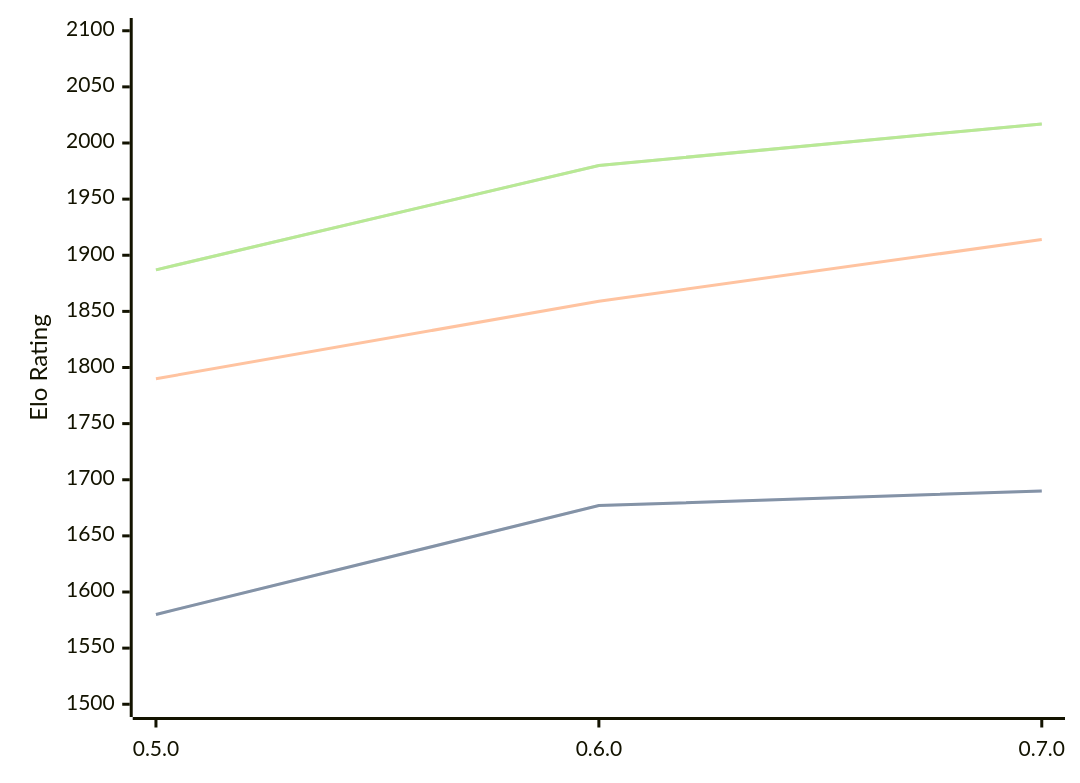
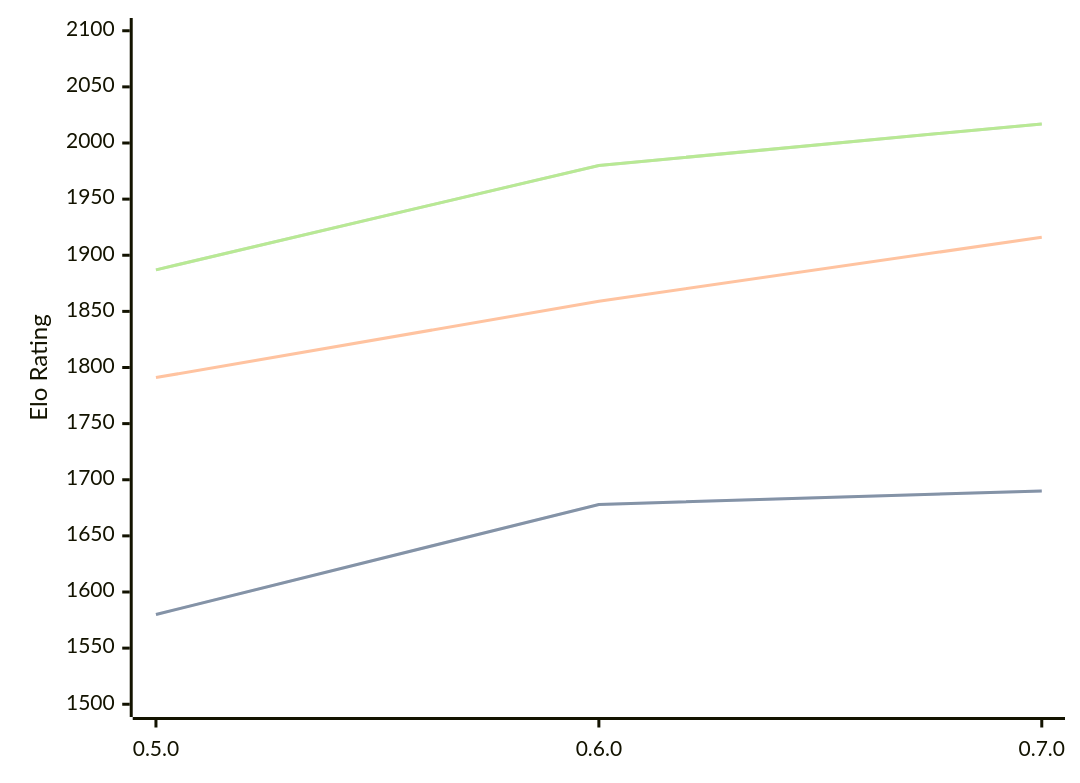
The diagram in engines/Chess-rs.md (computer-chess-index/cci), drawn with Mermaid before and after one commit. The commit also changed other lines of this file, not shown here.

````diff
--- a/engines/Chess-rs.md
+++ b/engines/Chess-rs.md
@@ -33,11 +33,11 @@
 ```mermaid
 %%{init: {"theme":"base","themeVariables":{"seriesColors:['#a3a3a3','#222221','#faa371']}}}%%
 xychart-beta
   x-axis ["0.5.0", "0.6.0", "0.7.0"]
   y-axis "Elo Rating" 1500 --> 2100
-  line "STC (8.0+0.08s)" [1580, 1677, 1690]
-  line "STC (8.0+0.08s)" [1580, 1677, 1690]
-  line "LTC (60.0+0.60s)" [1790, 1859, 1914]
+  line "STC (8.0+0.08s)" [1580, 1678, 1690]
+  line "STC (8.0+0.08s)" [1580, 1678, 1690]
+  line "LTC (60.0+0.60s)" [1791, 1859, 1916]
   line "VLTC (2m24s+1.12s)" [1887, 1980, 2017]
   line "VLTC (2m24s+1.12s)" [1887, 1980, 2017]
 ```
````
